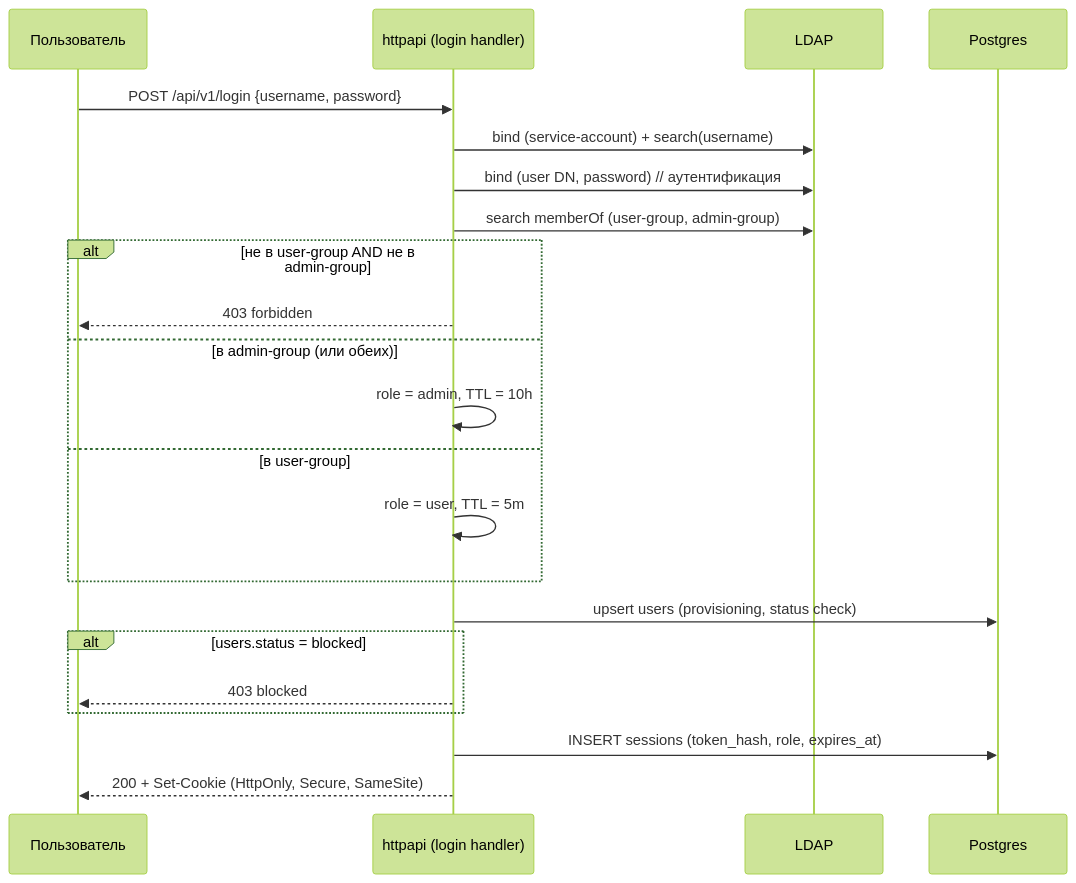
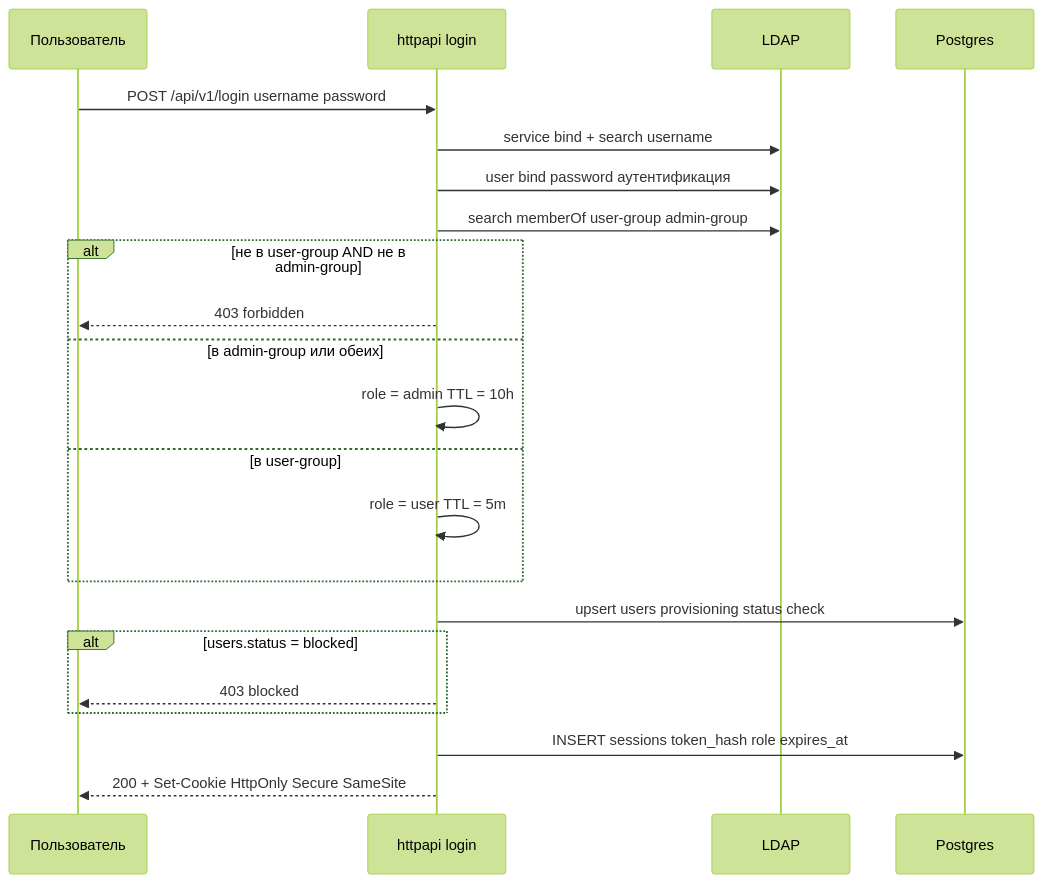
The fourth of 7 diagrams in docs/architecture.md (ilyast91/CLIProxyNew), drawn with Mermaid (forest theme) before and after one commit. The commit also changed other lines of this file and 1 other file, not shown here.

First line of the commit message:
docs: исправить Mermaid-диаграммы для рендера на GitHub

````diff
--- a/docs/architecture.md
+++ b/docs/architecture.md
@@ -158,25 +158,25 @@
 ```mermaid
 sequenceDiagram
     participant U as Пользователь
-    participant H as httpapi (login handler)
+    participant H as httpapi login
     participant L as LDAP
     participant DB as Postgres
 
-    U->>H: POST /api/v1/login {username, password}
-    H->>L: bind (service-account) + search(username)
-    H->>L: bind (user DN, password) // аутентификация
-    H->>L: search memberOf (user-group, admin-group)
+    U->>H: POST /api/v1/login username password
+    H->>L: service bind + search username
+    H->>L: user bind password аутентификация
+    H->>L: search memberOf user-group admin-group
     alt не в user-group AND не в admin-group
         H-->>U: 403 forbidden
-    else в admin-group (или обеих)
-        H->>H: role = admin, TTL = 10h
+    else в admin-group или обеих
+        H->>H: role = admin TTL = 10h
     else в user-group
-        H->>H: role = user, TTL = 5m
+        H->>H: role = user TTL = 5m
     end
-    H->>DB: upsert users (provisioning, status check)
+    H->>DB: upsert users provisioning status check
     alt users.status = blocked
         H-->>U: 403 blocked
     end
-    H->>DB: INSERT sessions (token_hash, role, expires_at)
-    H-->>U: 200 + Set-Cookie (HttpOnly, Secure, SameSite)
+    H->>DB: INSERT sessions token_hash role expires_at
+    H-->>U: 200 + Set-Cookie HttpOnly Secure SameSite
 ```
````
